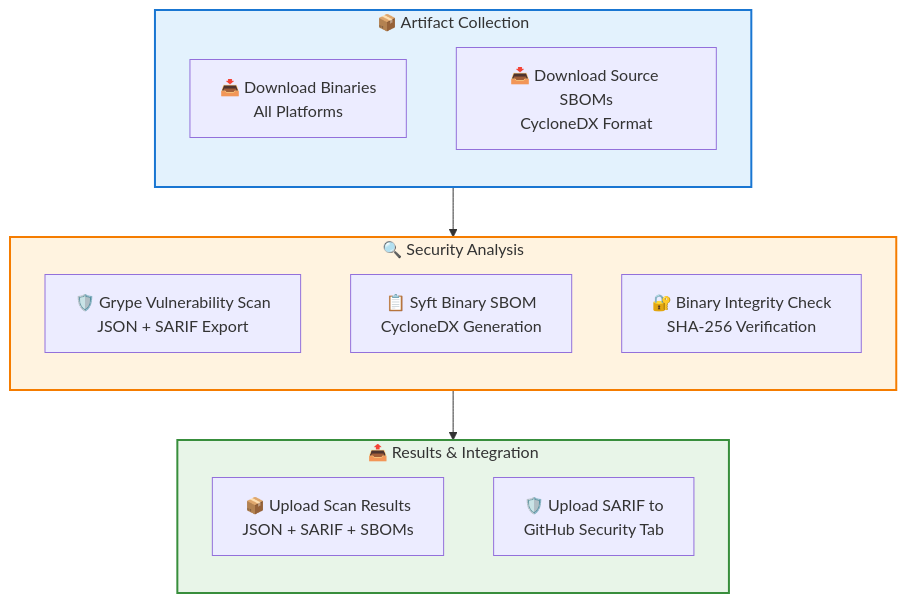
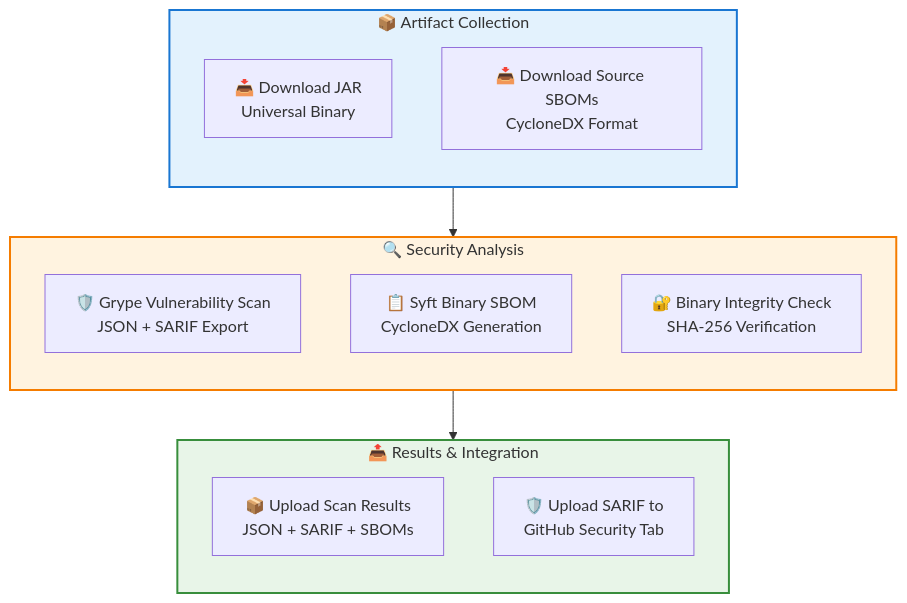
The third of 5 diagrams in docs/explanation/automated-release-process.md (kamiazya/scopes), drawn with Mermaid before and after one commit. The commit also changed other lines of this file and 36 other files, not shown here.

````diff
--- a/docs/explanation/automated-release-process.md
+++ b/docs/explanation/automated-release-process.md
@@ -83,33 +79,33 @@
 ```mermaid
 graph TB
     subgraph Download ["📦 Artifact Collection"]
         direction TB
-        GetBin[📥 Download Binaries<br/>All Platforms]
+        GetJAR[📥 Download JAR<br/>Universal Binary]
         GetSrcSBOM[📥 Download Source SBOMs<br/>CycloneDX Format]
     end
-    
+
     subgraph Scanning ["🔍 Security Analysis"]
         direction TB
         GrypeVuln[🛡️ Grype Vulnerability Scan<br/>JSON + SARIF Export]
         SyftSBOM[📋 Syft Binary SBOM<br/>CycloneDX Generation]
         VerifyIntegrity[🔐 Binary Integrity Check<br/>SHA-256 Verification]
     end
-    
+
     subgraph Upload ["📤 Results & Integration"]
         direction TB
         UploadArtifacts[📦 Upload Scan Results<br/>JSON + SARIF + SBOMs]
         GitHubSecurity[🛡️ Upload SARIF to<br/>GitHub Security Tab]
     end
-    
+
     Download --> Scanning
     Scanning --> Upload
-    
+
     %% Styling
     classDef downloadBox fill:#e3f2fd,stroke:#1976d2,stroke-width:2px
     classDef scanBox fill:#fff3e0,stroke:#f57c00,stroke-width:2px
     classDef uploadBox fill:#e8f5e8,stroke:#388e3c,stroke-width:2px
-    
+
     class Download downloadBox
     class Scanning scanBox
     class Upload uploadBox
 ```
````
